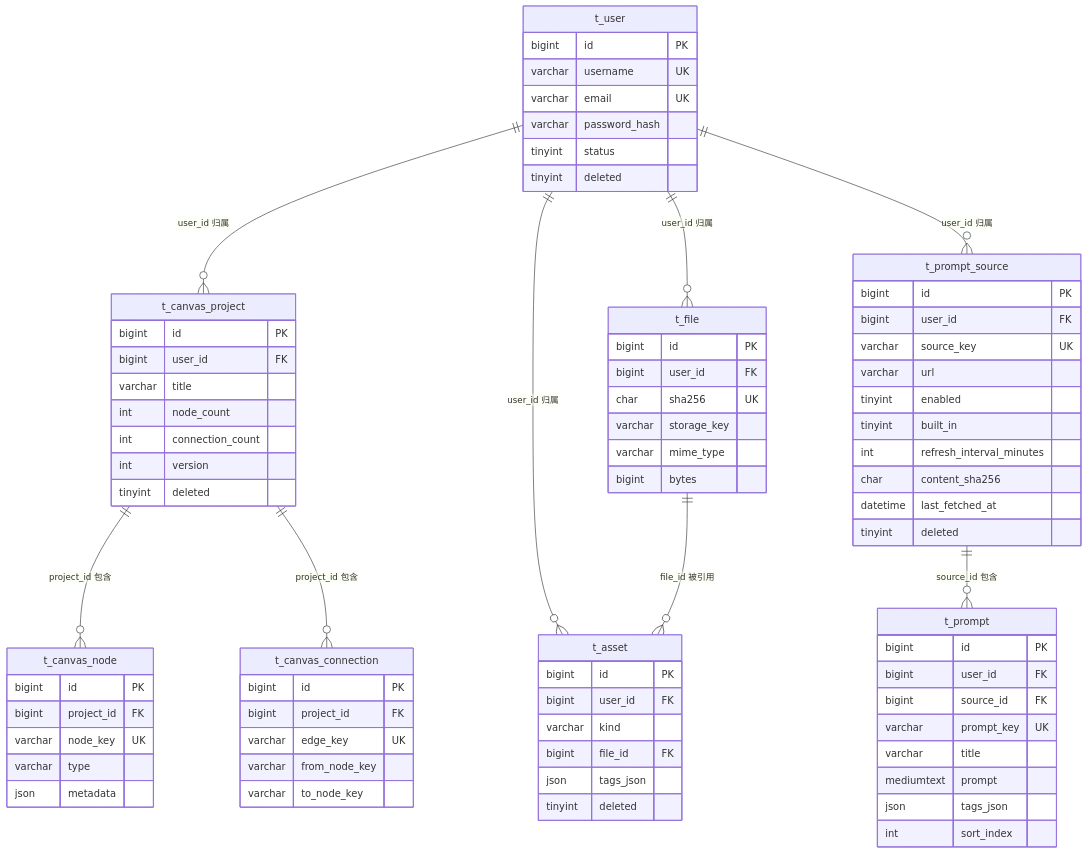
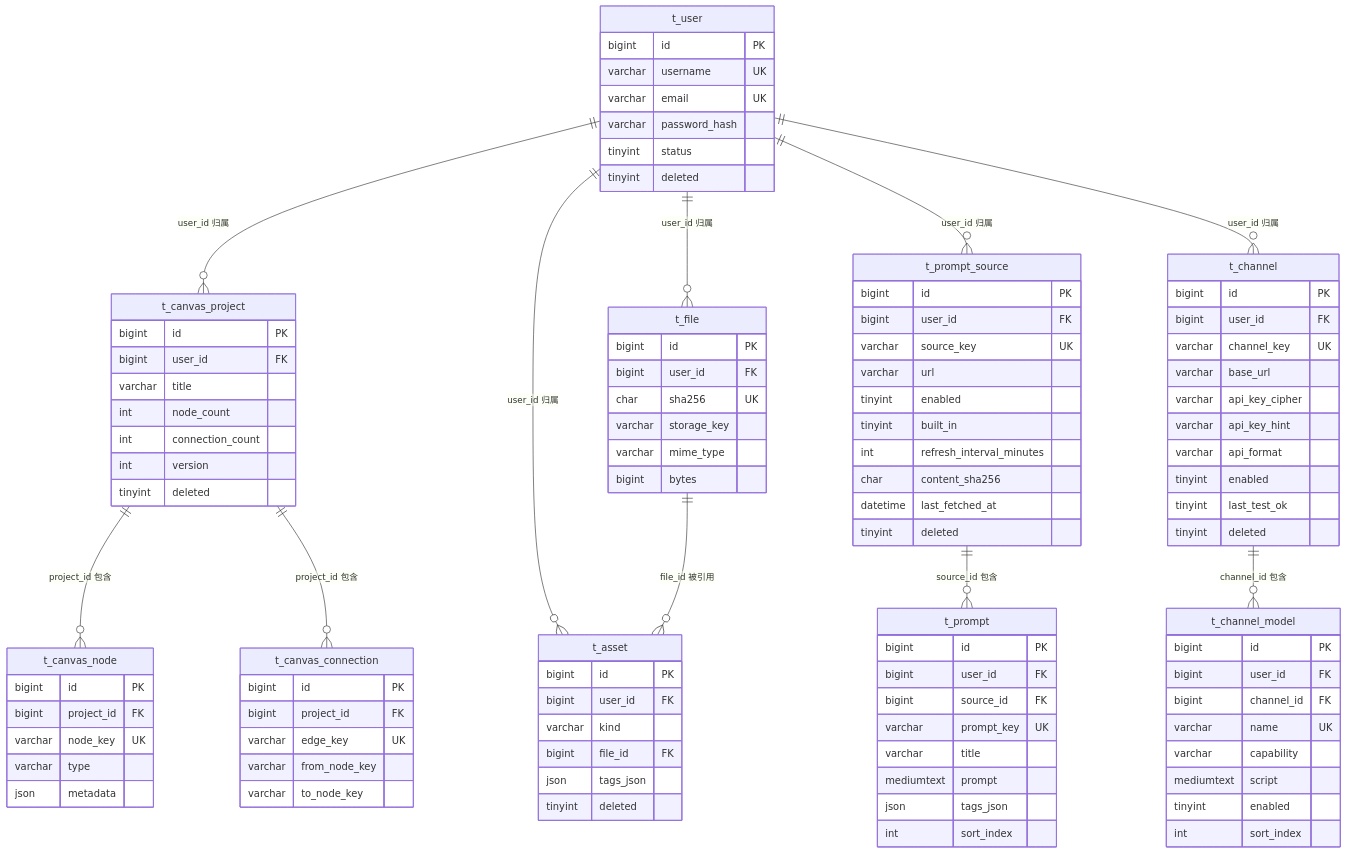
The diagram in docs/database.md (liupan2404240709/canvas-java), drawn with Mermaid before and after one commit. The commit also changed other lines of this file and 52 other files, not shown here.

````diff
--- a/docs/database.md
+++ b/docs/database.md
@@ -96,6 +129,8 @@
     t_file ||--o{ t_asset : "file_id 被引用"
     t_user ||--o{ t_prompt_source : "user_id 归属"
     t_prompt_source ||--o{ t_prompt : "source_id 包含"
+    t_user ||--o{ t_channel : "user_id 归属"
+    t_channel ||--o{ t_channel_model : "channel_id 包含"
 
     t_user {
         bigint id PK
@@ -166,4 +201,26 @@
         json tags_json
         int sort_index
     }
+    t_channel {
+        bigint id PK
+        bigint user_id FK
+        varchar channel_key UK
+        varchar base_url
+        varchar api_key_cipher
+        varchar api_key_hint
+        varchar api_format
+        tinyint enabled
+        tinyint last_test_ok
+        tinyint deleted
+    }
+    t_channel_model {
+        bigint id PK
+        bigint user_id FK
+        bigint channel_id FK
+        varchar name UK
+        varchar capability
+        mediumtext script
+        tinyint enabled
+        int sort_index
+    }
 ```
````
